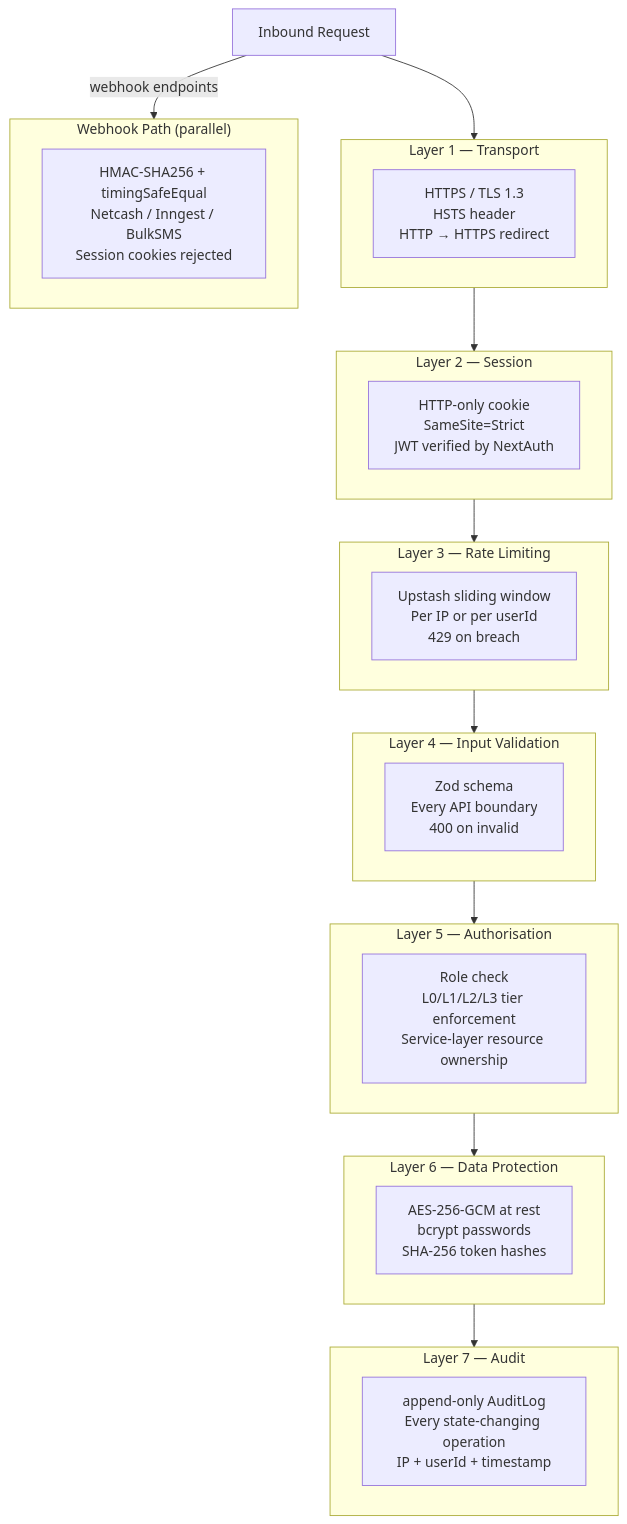
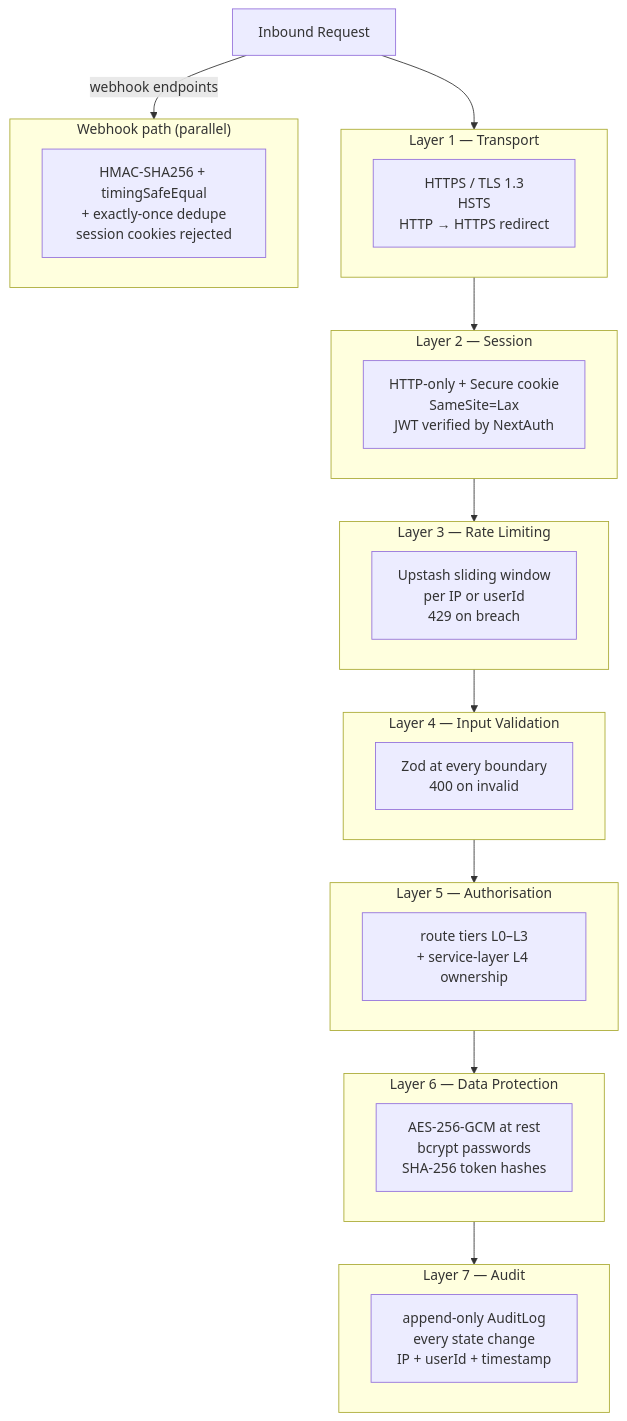
The diagram in docs/constitutions/security.md (KSDRILL-SA/Xkimi-Xa-Mali), drawn with Mermaid before and after one commit. The commit also changed other lines of this file and 10 other files, not shown here.

````diff
--- a/docs/constitutions/security.md
+++ b/docs/constitutions/security.md
@@ -7,39 +7,32 @@
 ```mermaid
 flowchart TD
     REQUEST["Inbound Request"]
 
     subgraph L1["Layer 1 — Transport"]
-        TLS["HTTPS / TLS 1.3\nHSTS header\nHTTP → HTTPS redirect"]
+        TLS["HTTPS / TLS 1.3<br/>HSTS<br/>HTTP → HTTPS redirect"]
     end
-
     subgraph L2["Layer 2 — Session"]
-        COOKIE["HTTP-only cookie\nSameSite=Strict\nJWT verified by NextAuth"]
+        COOKIE["HTTP-only + Secure cookie<br/>SameSite=Lax<br/>JWT verified by NextAuth"]
     end
-
     subgraph L3["Layer 3 — Rate Limiting"]
-        RL["Upstash sliding window\nPer IP or per userId\n429 on breach"]
+        RL["Upstash sliding window<br/>per IP or userId<br/>429 on breach"]
     end
-
     subgraph L4["Layer 4 — Input Validation"]
-        ZOD["Zod schema\nEvery API boundary\n400 on invalid"]
+        ZOD["Zod at every boundary<br/>400 on invalid"]
     end
-
     subgraph L5["Layer 5 — Authorisation"]
-        RBAC["Role check\nL0/L1/L2/L3 tier enforcement\nService-layer resource ownership"]
+        RBAC["route tiers L0–L3<br/>+ service-layer L4 ownership"]
     end
-
     subgraph L6["Layer 6 — Data Protection"]
-        ENC["AES-256-GCM at rest\nbcrypt passwords\nSHA-256 token hashes"]
+        ENC["AES-256-GCM at rest<br/>bcrypt passwords<br/>SHA-256 token hashes"]
     end
-
     subgraph L7["Layer 7 — Audit"]
-        AUDIT["append-only AuditLog\nEvery state-changing operation\nIP + userId + timestamp"]
+        AUDIT["append-only AuditLog<br/>every state change<br/>IP + userId + timestamp"]
     end
-
-    subgraph WEBHOOK["Webhook Path (parallel)"]
-        HMAC["HMAC-SHA256 + timingSafeEqual\nNetcash / Inngest / BulkSMS\nSession cookies rejected"]
+    subgraph WEBHOOK["Webhook path (parallel)"]
+        HMAC["HMAC-SHA256 + timingSafeEqual<br/>+ exactly-once dedupe<br/>session cookies rejected"]
     end
 
     REQUEST --> L1 --> L2 --> L3 --> L4 --> L5 --> L6 --> L7
     REQUEST -->|"webhook endpoints"| WEBHOOK
 ```
````
